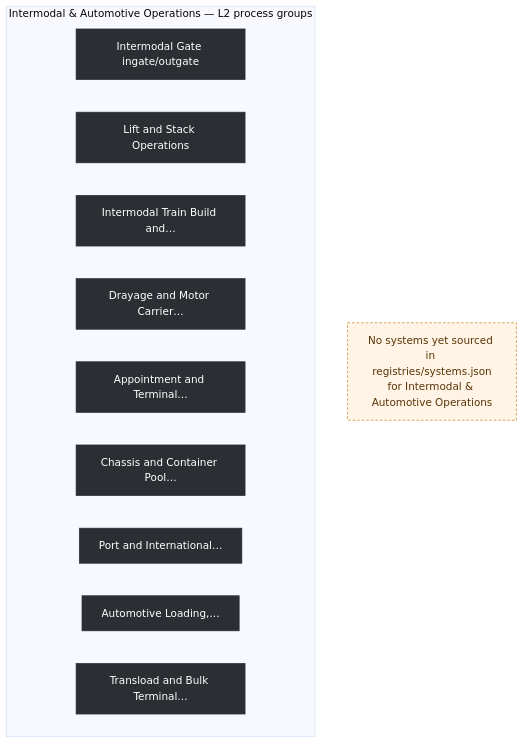
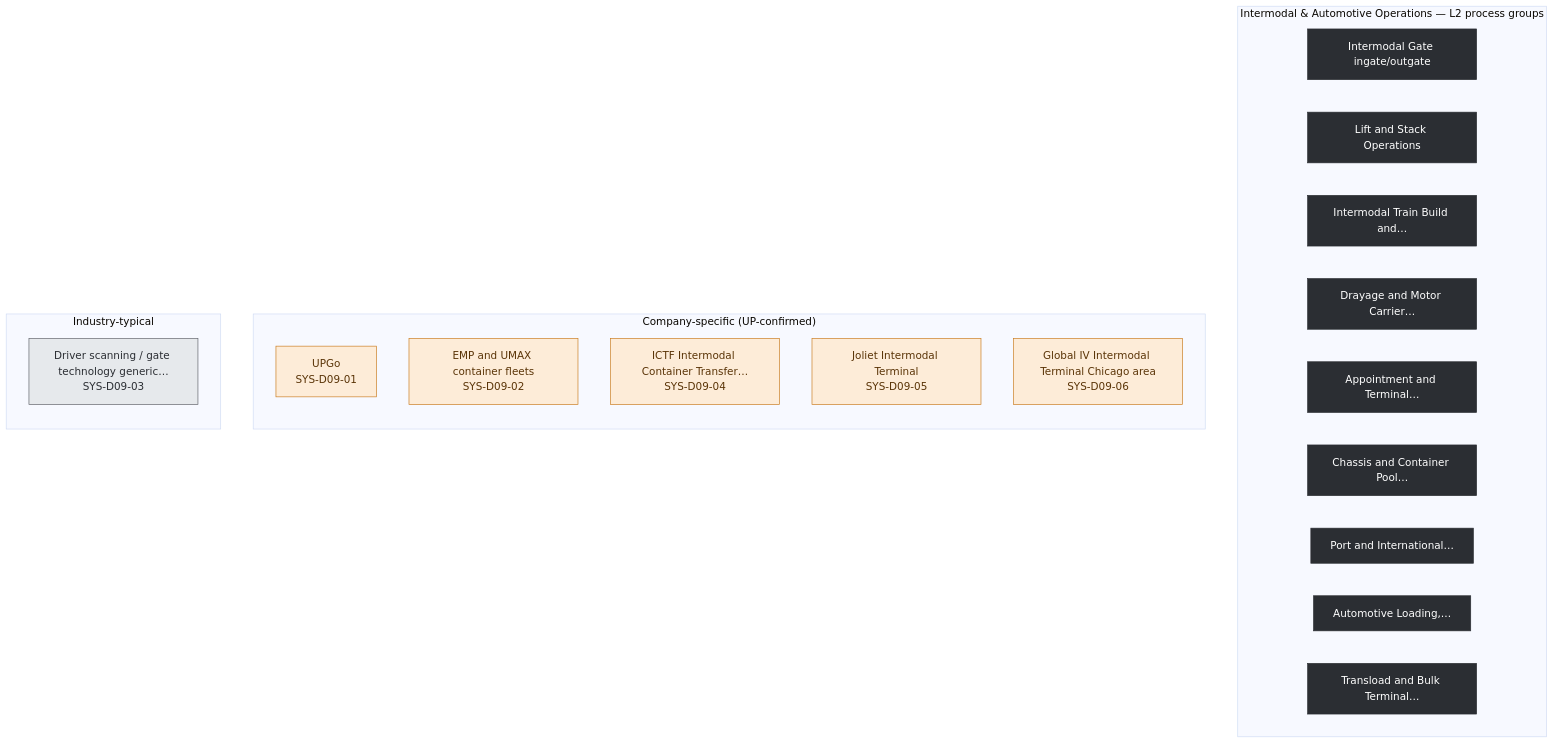
The diagram in ea-diagrams/rr-09-intermodal-automotive-operations.mmd (ghatk047/rail-wiki), drawn with Mermaid before and after one commit. The commit also changed 16 other files, not shown here.

```diff
--- a/ea-diagrams/rr-09-intermodal-automotive-operations.mmd
+++ b/ea-diagrams/rr-09-intermodal-automotive-operations.mmd
@@ -1,25 +1,36 @@
 %%{init: {'flowchart': {'curve': 'basis'}, 'theme':'base'}}%%
 flowchart TB
 
   subgraph PROCS["Intermodal & Automotive Operations — L2 process groups"]
     direction LR
     G1["Intermodal Gate ingate/outgate"]:::l2
     G2["Lift and Stack Operations"]:::l2
     G3["Intermodal Train Build and…"]:::l2
     G4["Drayage and Motor Carrier…"]:::l2
     G5["Appointment and Terminal…"]:::l2
     G6["Chassis and Container Pool…"]:::l2
     G7["Port and International…"]:::l2
     G8["Automotive Loading,…"]:::l2
     G9["Transload and Bulk Terminal…"]:::l2
   end
 
-  NONE["No systems yet sourced in registries/systems.json\nfor Intermodal & Automotive Operations"]:::empty
+  subgraph COMPANY["Company-specific (UP-confirmed)"]
+    direction TB
+    C1["UPGo\nSYS-D09-01"]:::company
+    C2["EMP and UMAX container fleets\nSYS-D09-02"]:::company
+    C3["ICTF Intermodal Container Transfer…\nSYS-D09-04"]:::company
+    C4["Joliet Intermodal Terminal\nSYS-D09-05"]:::company
+    C5["Global IV Intermodal Terminal Chicago area\nSYS-D09-06"]:::company
+  end
+  subgraph INDUSTRY["Industry-typical"]
+    direction TB
+    I1["Driver scanning / gate technology generic…\nSYS-D09-03"]:::industry
+  end
 
   %% No generated process yet cites a system in this domain -- no usage edges to draw
 
 classDef l2 fill:#2b2e33,color:#fff,stroke:#2b2e33
 classDef company fill:#fdecd8,stroke:#c8791a,color:#5a3407
 classDef industry fill:#e6e9ec,stroke:#5c5f66,color:#2b2e33
 classDef other fill:#f2f2f0,stroke:#9a9da3,color:#3d4348
 classDef empty fill:#fff4e5,stroke:#c8791a,color:#5a3407,stroke-dasharray: 4 3
```
